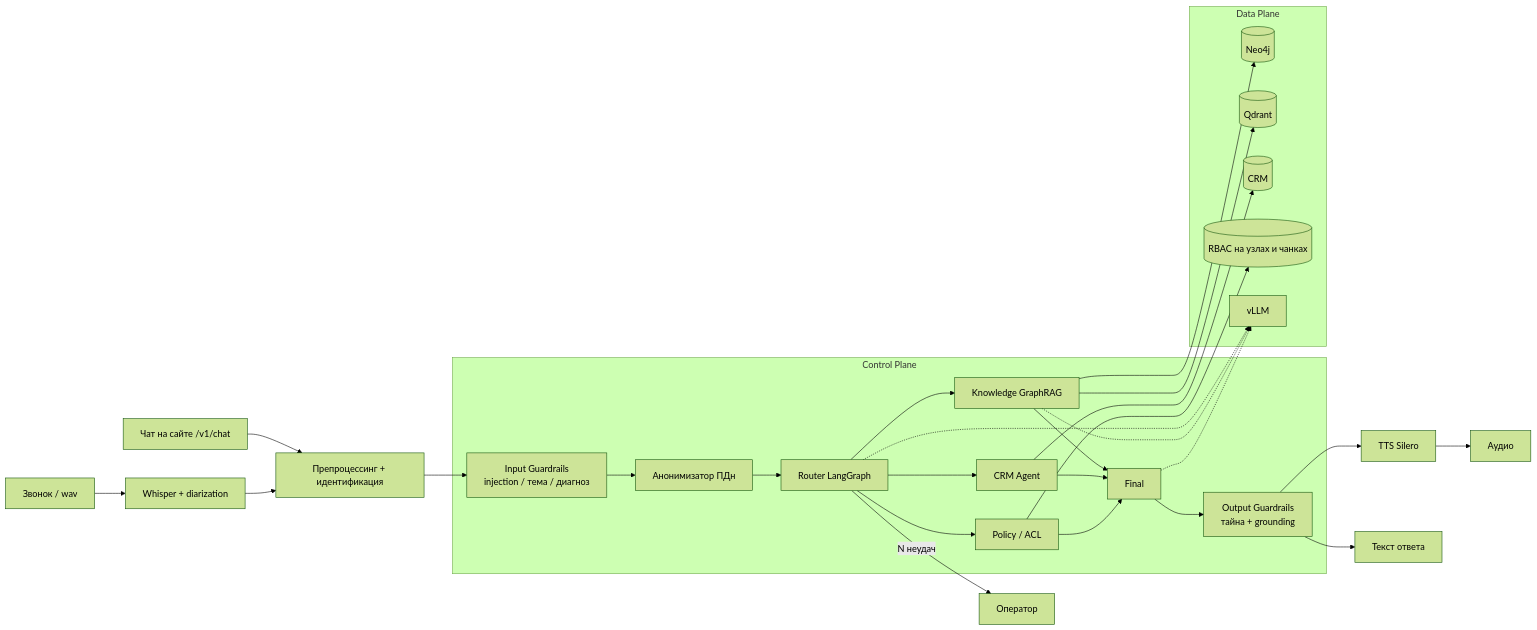
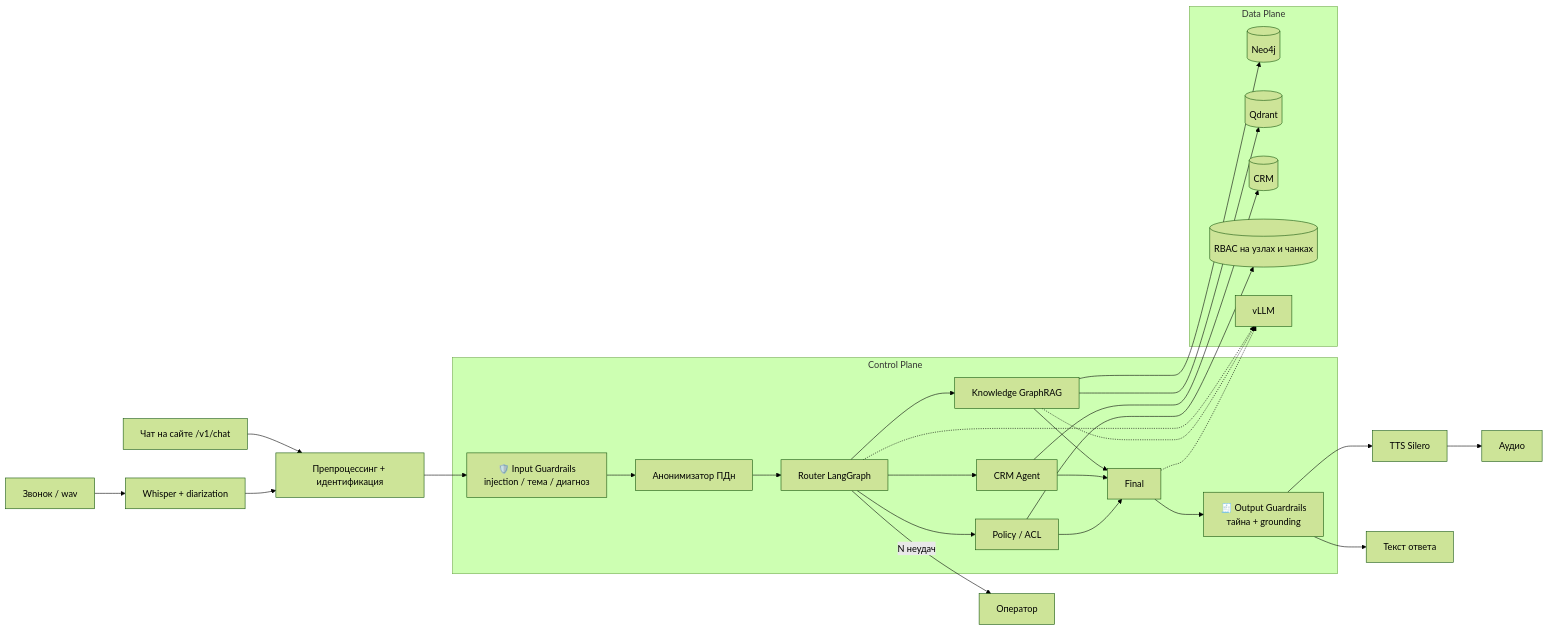
The fifth of 12 diagrams in final-project/README.md (divisee/otus-ai-architect), drawn with Mermaid (forest theme) before and after one commit. The commit also changed other lines of this file and 2 other files, not shown here.

First line of the commit message:
Draw the agent graph on the slide instead of three columns

````diff
--- a/final-project/README.md
+++ b/final-project/README.md
@@ -476,50 +476,50 @@
 ```mermaid
 flowchart LR
     CALL[Звонок / wav] --> ASR[Whisper + diarization]
     TXT[Чат на сайте /v1/chat] --> PRE
     ASR --> PRE[Препроцессинг + идентификация]
-    PRE --> IG[Input Guardrails<br/>injection / тема / диагноз]
+    PRE --> IG[🛡️ Input Guardrails<br/>injection / тема / диагноз]
     IG --> ANON[Анонимизатор ПДн]
     ANON --> R[Router LangGraph]
 
     R --> K[Knowledge GraphRAG]
     R --> C[CRM Agent]
     R --> POL[Policy / ACL]
     R -->|N неудач| OP[Оператор]
 
     K --> G[(Neo4j)]
     K --> V[(Qdrant)]
     C --> CRM[(CRM)]
     POL --> ACL[(RBAC на узлах и чанках)]
 
     K --> F[Final]
     C --> F
     POL --> F
-    F --> OG[Output Guardrails<br/>тайна + grounding]
+    F --> OG[🧾 Output Guardrails<br/>тайна + grounding]
     OG --> TTS[TTS Silero]
     OG --> OUT[Текст ответа]
     TTS --> AUDIO[Аудио]
 
     subgraph CP["Control Plane"]
         IG
         ANON
         R
         K
         C
         POL
         F
         OG
     end
 
     subgraph DP["Data Plane"]
         G
         V
         CRM
         ACL
         LLM[vLLM]
     end
 
     R -.-> LLM
     K -.-> LLM
     F -.-> LLM
 ```
````
